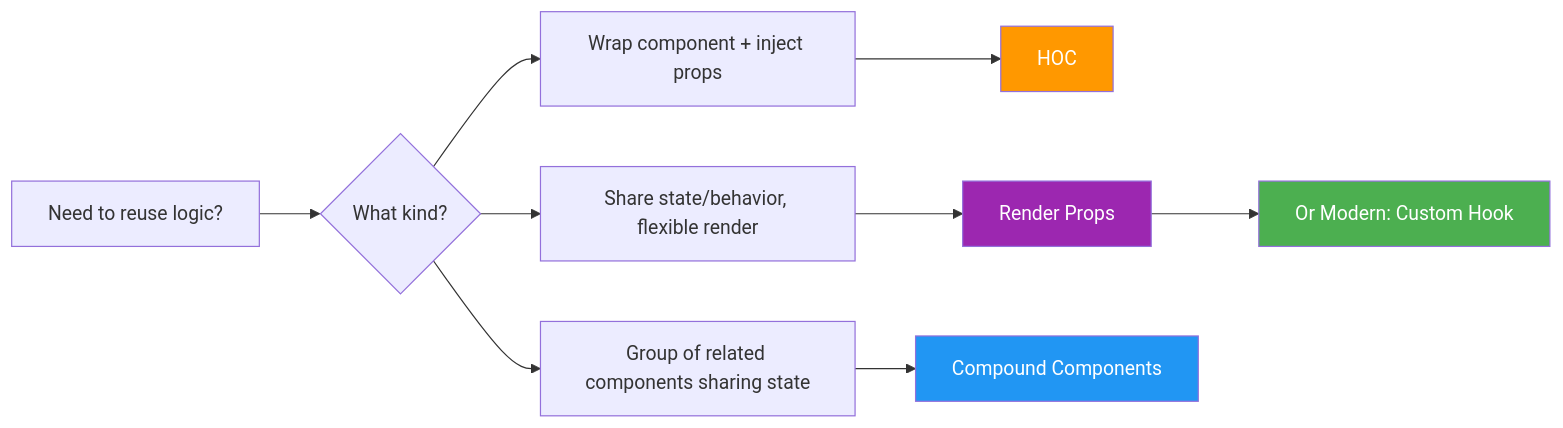
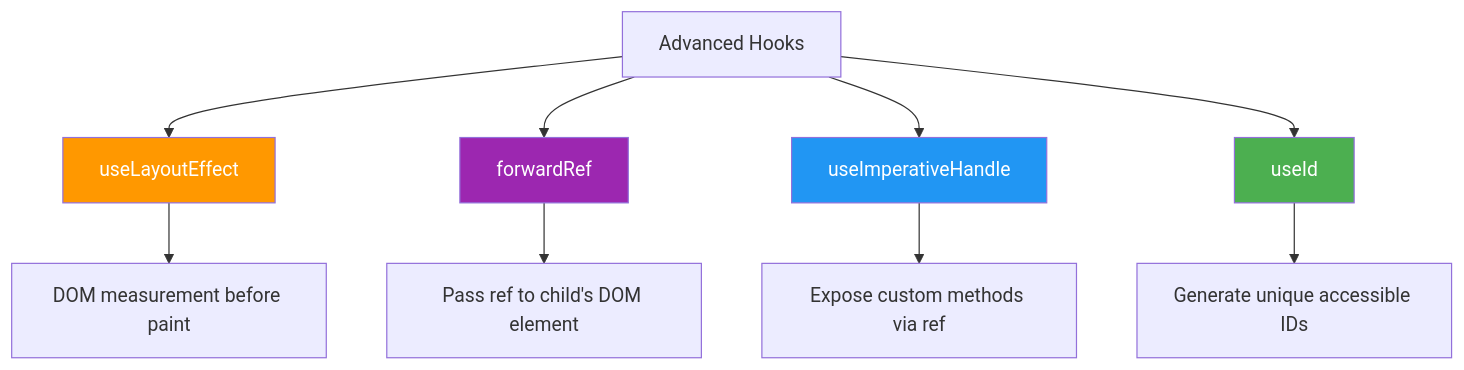
One commit to Maksof-waqarahmed/Web-Development-2-ReactJs changed the third of 3 diagrams in React/week_10/class_2/README.md. Above: the diagram before and after it, drawn with Mermaid. The commit also changed other lines of this file and 25 other files, not shown here.

````diff
--- a/React/week_10/class_2/README.md
+++ b/React/week_10/class_2/README.md
@@ -535,15 +503,17 @@
 ```mermaid
-graph LR
-    A[Need to reuse logic?] --> B{What kind?}
-    B --> C[Wrap component + inject props]
-    B --> D[Share state/behavior, flexible render]
-    B --> E[Group of related components sharing state]
-    C --> F[HOC]
-    D --> G[Render Props]
-    E --> H[Compound Components]
-    G --> I[Or Modern: Custom Hook]
-    style F fill:#ff9800,color:#fff
-    style G fill:#9c27b0,color:#fff
-    style H fill:#2196f3,color:#fff
-    style I fill:#4caf50,color:#fff
+graph TD
+    A[Advanced Hooks] --> B[useLayoutEffect]
+    A --> C[forwardRef]
+    A --> D[useImperativeHandle]
+    A --> E[useId]
+
+    B --> B1[DOM measurement before paint]
+    C --> C1[Pass ref to child's DOM element]
+    D --> D1[Expose custom methods via ref]
+    E --> E1[Generate unique accessible IDs]
+
+    style B fill:#ff9800,color:#fff
+    style C fill:#9c27b0,color:#fff
+    style D fill:#2196f3,color:#fff
+    style E fill:#4caf50,color:#fff
 ```
````
